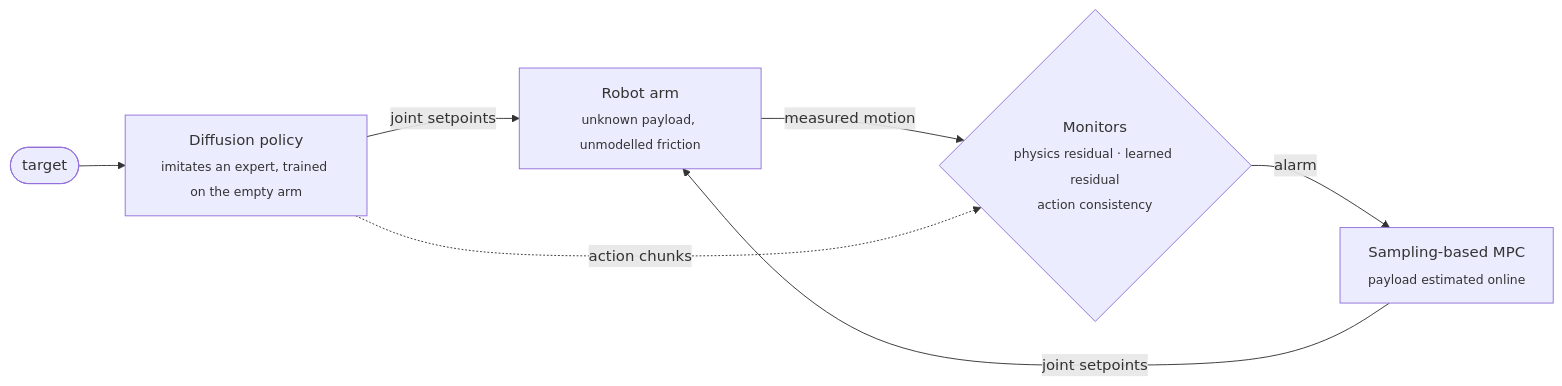
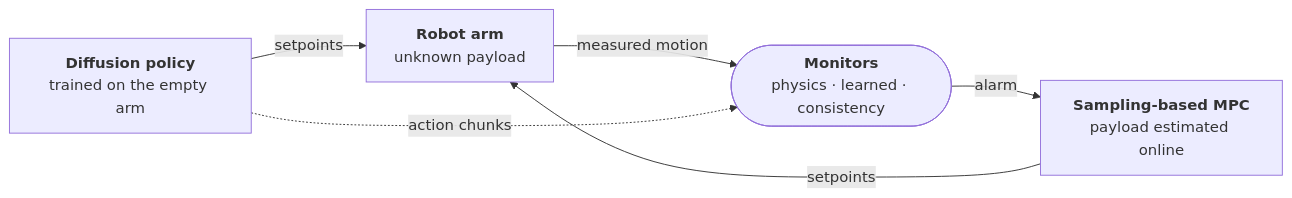
One commit to Shengwei-Li/Mphil_proj changed the diagram in README.md. Above: the diagram before and after it, drawn with Mermaid.

Commit message:
README: simpler design diagram

````diff
--- a/README.md
+++ b/README.md
@@ -35,9 +35,8 @@
 ```mermaid
 flowchart LR
-    T([target]) --> P
-    P["Diffusion policy<br/><sub>imitates an expert, trained on the empty arm</sub>"] -- joint setpoints --> R
-    R["Robot arm<br/><sub>unknown payload, unmodelled friction</sub>"] -- measured motion --> M
-    M{"Monitors<br/><sub>physics residual · learned residual<br/>action consistency</sub>"} -- alarm --> H
-    H["Sampling-based MPC<br/><sub>payload estimated online</sub>"] -- joint setpoints --> R
+    P["<b>Diffusion policy</b><br/>trained on the empty arm"] -- setpoints --> R["<b>Robot arm</b><br/>unknown payload"]
+    R -- measured motion --> M(["<b>Monitors</b><br/>physics · learned · consistency"])
     P -. action chunks .-> M
+    M -- alarm --> H["<b>Sampling-based MPC</b><br/>payload estimated online"]
+    H -- setpoints --> R
 ```
````
